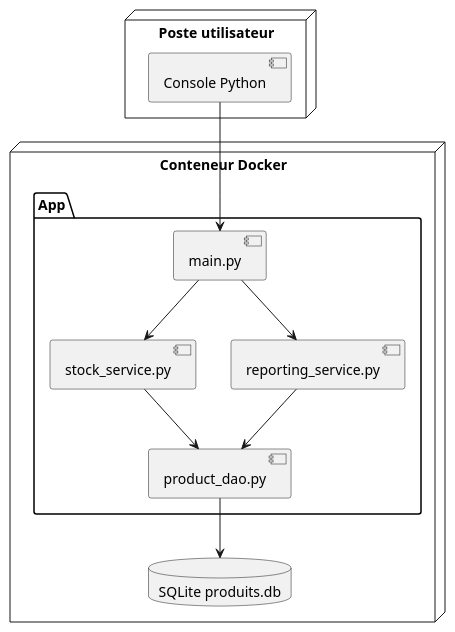
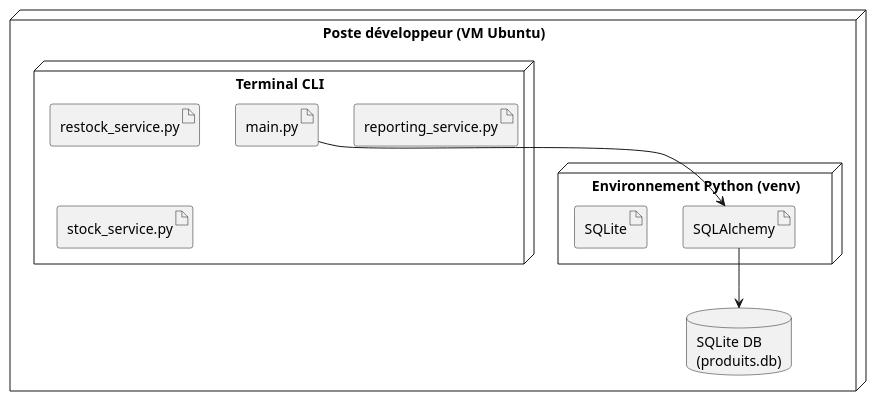
One commit to Ludo67/LOG430-Lab0 changed the diagram in docs/UML/deployment.puml. Above: the diagram before and after it, drawn with PlantUML. The commit also changed 38 other files, not shown here.

```diff
--- a/docs/UML/deployment.puml
+++ b/docs/UML/deployment.puml
@@ -1,16 +1,18 @@
-@startuml deployment
-node "Poste utilisateur" {
-  [Console Python]
+node "Poste développeur (VM Ubuntu)" {
+    node "Terminal CLI" {
+        artifact "main.py"
+        artifact "restock_service.py"
+        artifact "reporting_service.py"
+        artifact "stock_service.py"
+    }
+
+    node "Environnement Python (venv)" {
+        artifact "SQLAlchemy"
+        artifact "SQLite"
+    }
+
+    database "SQLite DB\n(produits.db)"
+    
+    "main.py" --> "SQLAlchemy"
+    "SQLAlchemy" --> "SQLite DB\n(produits.db)"
 }
-node "Conteneur Docker" {
-  folder "App" {
-    [main.py] --> [stock_service.py]
-    [main.py] --> [reporting_service.py]
-    [stock_service.py] --> [product_dao.py]
-    [reporting_service.py] --> [product_dao.py]
-  }
-  database "SQLite produits.db"
-}
-[product_dao.py] --> [SQLite produits.db]
-[Console Python] --> [main.py]
-@enduml
```
